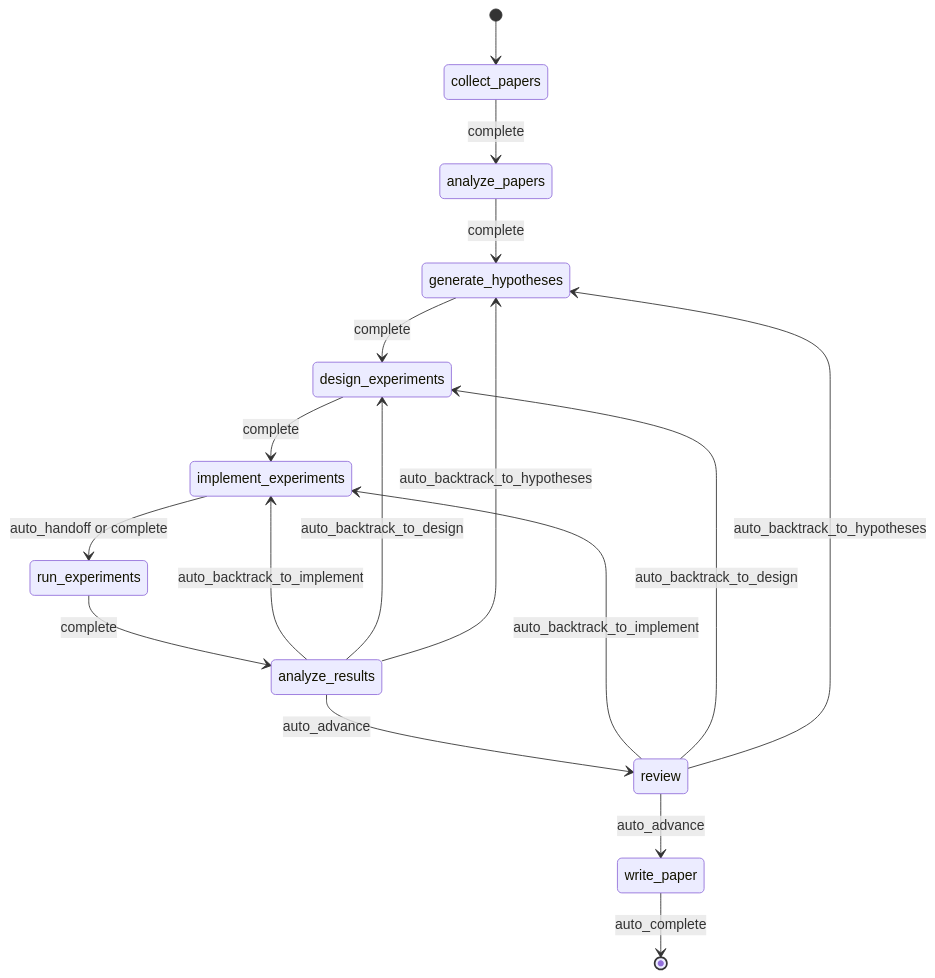
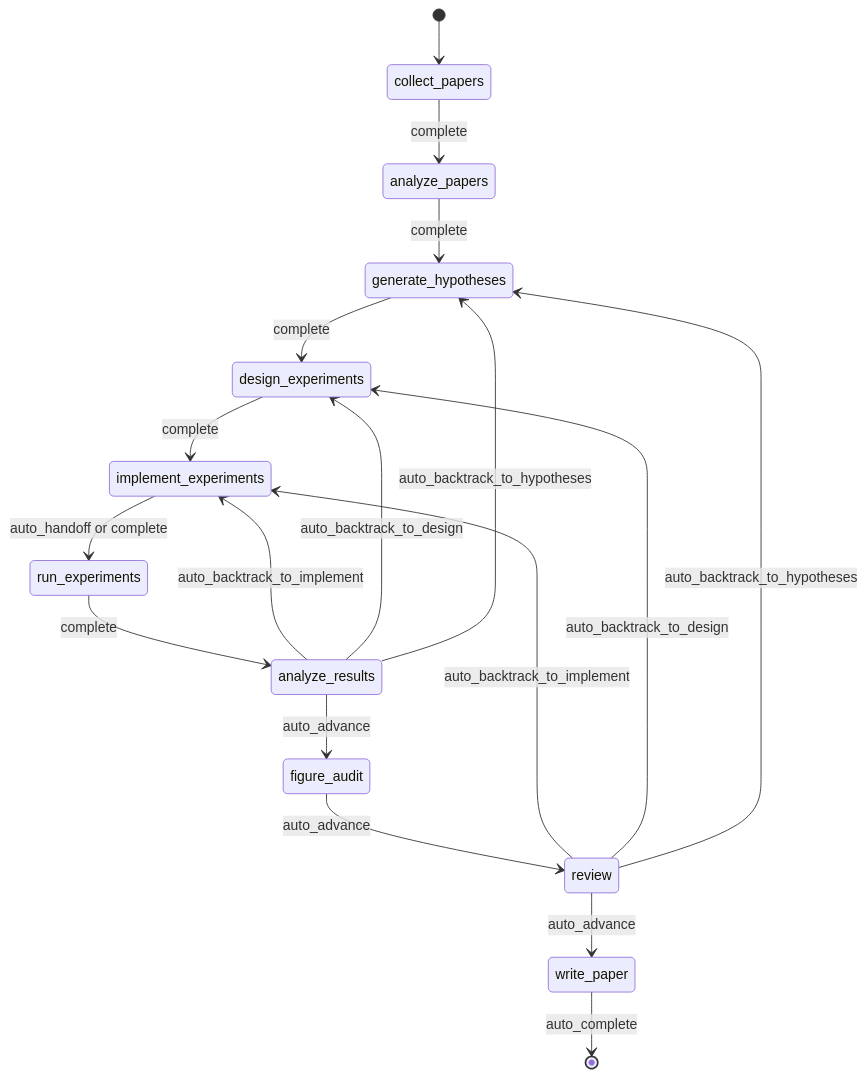
One commit to lhy0718/AutoResearch changed the first of 3 diagrams in README.md. Above: the diagram before and after it, drawn with Mermaid. The commit also changed other lines of this file and 9 other files, not shown here.

````diff
--- a/README.md
+++ b/README.md
@@ -167,19 +104,20 @@
 ```mermaid
 stateDiagram-v2
     [*] --> collect_papers
     collect_papers --> analyze_papers: complete
     analyze_papers --> generate_hypotheses: complete
     generate_hypotheses --> design_experiments: complete
     design_experiments --> implement_experiments: complete
     implement_experiments --> run_experiments: auto_handoff or complete
     run_experiments --> analyze_results: complete
-    analyze_results --> review: auto_advance
+    analyze_results --> figure_audit: auto_advance
     analyze_results --> implement_experiments: auto_backtrack_to_implement
     analyze_results --> design_experiments: auto_backtrack_to_design
     analyze_results --> generate_hypotheses: auto_backtrack_to_hypotheses
+    figure_audit --> review: auto_advance
     review --> write_paper: auto_advance
     review --> implement_experiments: auto_backtrack_to_implement
     review --> design_experiments: auto_backtrack_to_design
     review --> generate_hypotheses: auto_backtrack_to_hypotheses
     write_paper --> [*]: auto_complete
 ```
````
